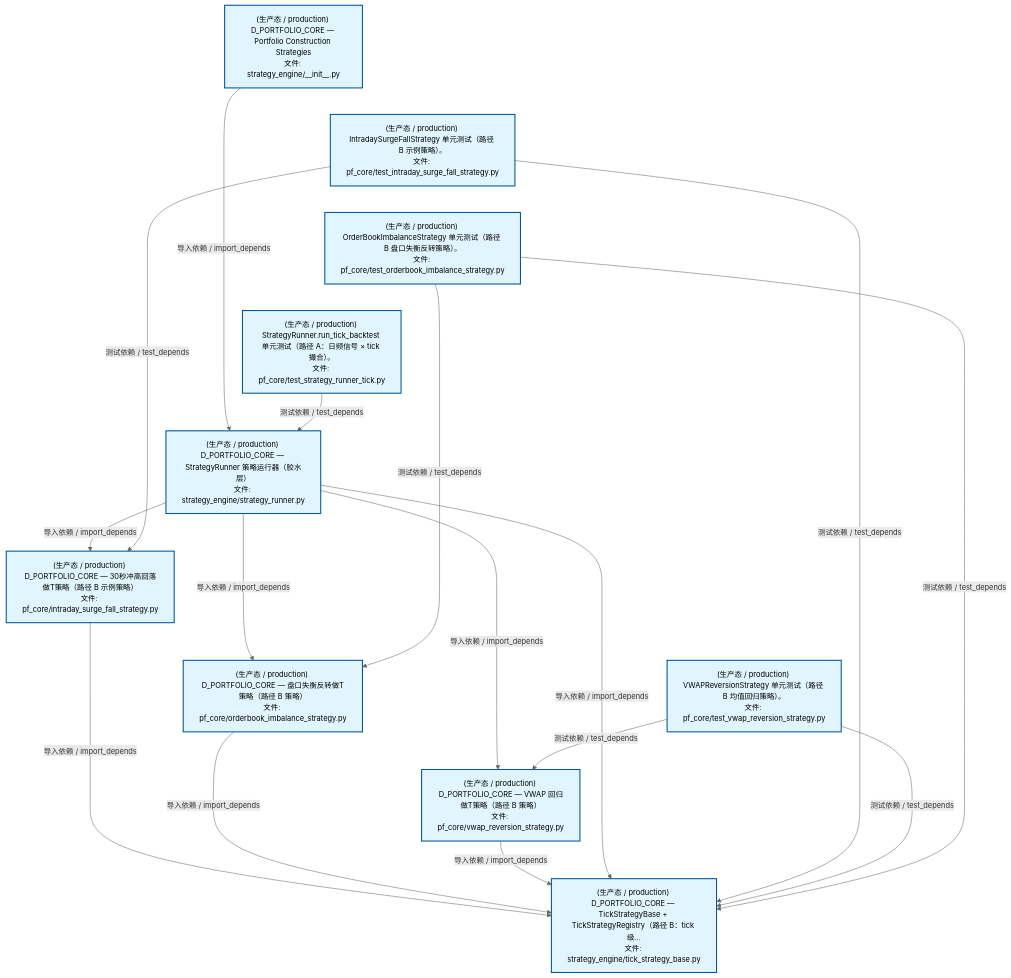
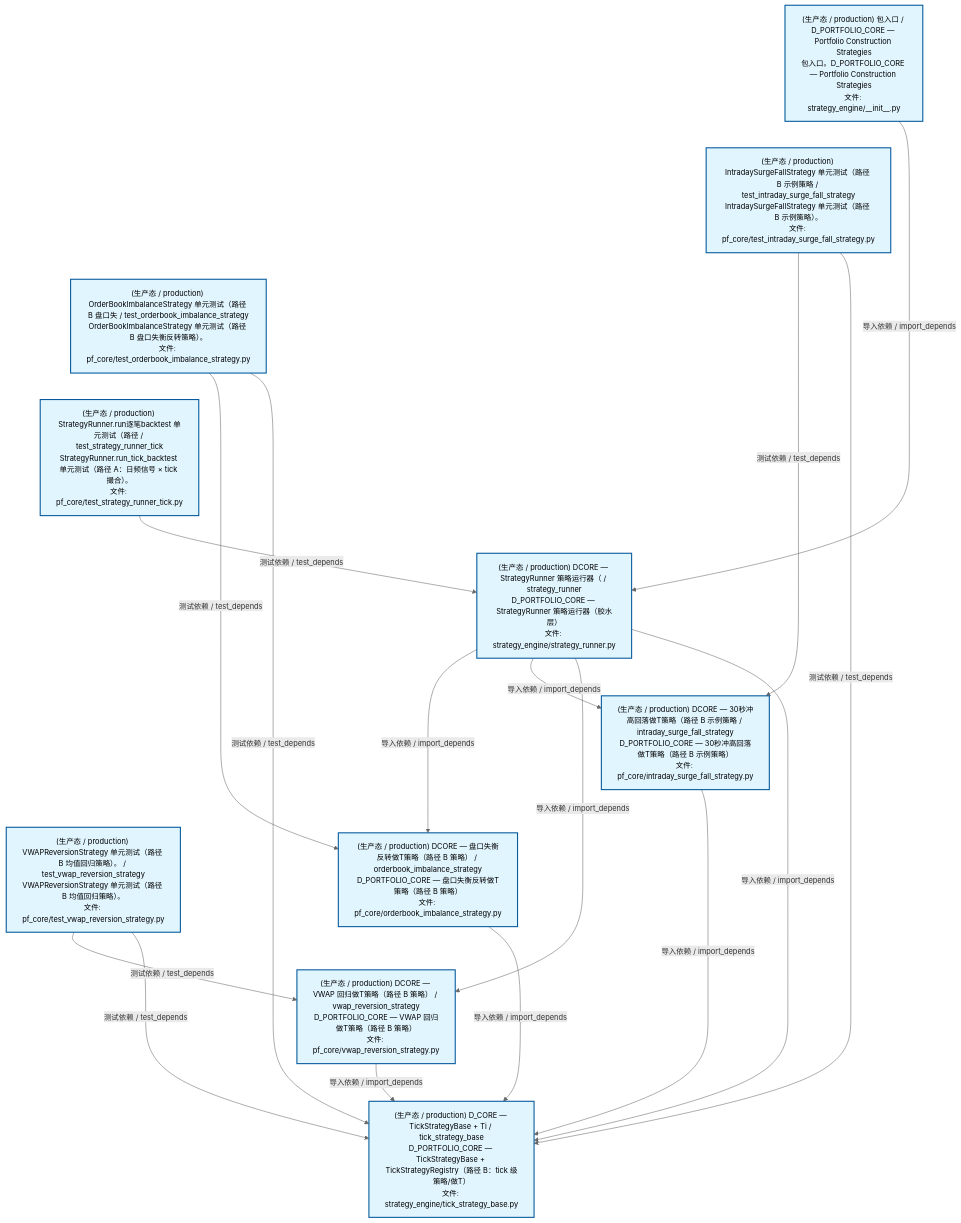
The second of 4 diagrams in docs/02_enterprise_architecture/02_domain_architecture_docs/63_d_pf_core.md (xuanFelixVan/ZephyrAlpha), drawn with Mermaid before and after one commit. The commit also changed other lines of this file and 60 other files, not shown here.

````diff
--- a/docs/02_enterprise_architecture/02_domain_architecture_docs/63_d_pf_core.md
+++ b/docs/02_enterprise_architecture/02_domain_architecture_docs/63_d_pf_core.md
@@ -131,40 +131,40 @@
 ```mermaid
 %%{init: {'theme': 'base', 'themeVariables': {'primaryColor': '#eaeaea', 'primaryTextColor': '#333333', 'primaryBorderColor': '#666666', 'lineColor': '#666666', 'secondaryColor': '#eaeaea', 'tertiaryColor': '#eaeaea', 'fontSize': '14px'}}}%%
 flowchart TD
-    src_zephyr_pf_core_strategy_engine_init_py["(生产态 / production) D_PORTFOLIO_CORE — Portfolio Construction Strategies<br/>文件: strategy_engine/__init__.py"]
-    tests_pf_core_test_intraday_surge_fall_strategy_py["(生产态 / production) IntradaySurgeFallStrategy 单元测试（路径 B 示例策略）。<br/>文件: pf_core/test_intraday_surge_fall_strategy.py"]
-    tests_pf_core_test_orderbook_imbalance_strategy_py["(生产态 / production) OrderBookImbalanceStrategy 单元测试（路径 B 盘口失衡反转策略）。<br/>文件: pf_core/test_orderbook_imbalance_strategy.py"]
-    tests_pf_core_test_strategy_runner_tick_py["(生产态 / production) StrategyRunner.run_tick_backtest 单元测试（路径 A：日频信号 × tick 撮合）。<br/>文件: pf_core/test_strategy_runner_tick.py"]
-    tests_pf_core_test_vwap_reversion_strategy_py["(生产态 / production) VWAPReversionStrategy 单元测试（路径 B 均值回归策略）。<br/>文件: pf_core/test_vwap_reversion_strategy.py"]
+    src_zephyr_pf_core_strategy_engine_init_py["(生产态 / production) 包入口 / D_PORTFOLIO_CORE — Portfolio Construction Strategies<br/>包入口。D_PORTFOLIO_CORE — Portfolio Construction Strategies<br/>文件: strategy_engine/__init__.py"]
+    tests_pf_core_test_intraday_surge_fall_strategy_py["(生产态 / production) IntradaySurgeFallStrategy 单元测试（路径 B 示例策略 / test_intraday_surge_fall_strategy<br/>IntradaySurgeFallStrategy 单元测试（路径 B 示例策略）。<br/>文件: pf_core/test_intraday_surge_fall_strategy.py"]
+    tests_pf_core_test_orderbook_imbalance_strategy_py["(生产态 / production) OrderBookImbalanceStrategy 单元测试（路径 B 盘口失 / test_orderbook_imbalance_strategy<br/>OrderBookImbalanceStrategy 单元测试（路径 B 盘口失衡反转策略）。<br/>文件: pf_core/test_orderbook_imbalance_strategy.py"]
+    tests_pf_core_test_strategy_runner_tick_py["(生产态 / production) StrategyRunner.run逐笔backtest 单元测试（路径 / test_strategy_runner_tick<br/>StrategyRunner.run_tick_backtest 单元测试（路径 A：日频信号 × tick 撮合）。<br/>文件: pf_core/test_strategy_runner_tick.py"]
+    tests_pf_core_test_vwap_reversion_strategy_py["(生产态 / production) VWAPReversionStrategy 单元测试（路径 B 均值回归策略）。 / test_vwap_reversion_strategy<br/>VWAPReversionStrategy 单元测试（路径 B 均值回归策略）。<br/>文件: pf_core/test_vwap_reversion_strategy.py"]
     src_zephyr_pf_core_strategy_engine_init_py ~~~ tests_pf_core_test_intraday_surge_fall_strategy_py
     tests_pf_core_test_intraday_surge_fall_strategy_py ~~~ tests_pf_core_test_orderbook_imbalance_strategy_py
     tests_pf_core_test_orderbook_imbalance_strategy_py ~~~ tests_pf_core_test_strategy_runner_tick_py
     tests_pf_core_test_strategy_runner_tick_py ~~~ tests_pf_core_test_vwap_reversion_strategy_py
-    src_zephyr_pf_core_strategy_engine_strategy_runner_py["(生产态 / production) D_PORTFOLIO_CORE — StrategyRunner 策略运行器（胶水层）<br/>文件: strategy_engine/strategy_runner.py"]
-    src_zephyr_pf_core_intraday_surge_fall_strategy_py["(生产态 / production) D_PORTFOLIO_CORE — 30秒冲高回落做T策略（路径 B 示例策略）<br/>文件: pf_core/intraday_surge_fall_strategy.py"]
-    src_zephyr_pf_core_orderbook_imbalance_strategy_py["(生产态 / production) D_PORTFOLIO_CORE — 盘口失衡反转做T策略（路径 B 策略）<br/>文件: pf_core/orderbook_imbalance_strategy.py"]
-    src_zephyr_pf_core_vwap_reversion_strategy_py["(生产态 / production) D_PORTFOLIO_CORE — VWAP 回归做T策略（路径 B 策略）<br/>文件: pf_core/vwap_reversion_strategy.py"]
+    src_zephyr_pf_core_strategy_engine_strategy_runner_py["(生产态 / production) DCORE — StrategyRunner 策略运行器（ / strategy_runner<br/>D_PORTFOLIO_CORE — StrategyRunner 策略运行器（胶水层）<br/>文件: strategy_engine/strategy_runner.py"]
+    src_zephyr_pf_core_intraday_surge_fall_strategy_py["(生产态 / production) DCORE — 30秒冲高回落做T策略（路径 B 示例策略 / intraday_surge_fall_strategy<br/>D_PORTFOLIO_CORE — 30秒冲高回落做T策略（路径 B 示例策略）<br/>文件: pf_core/intraday_surge_fall_strategy.py"]
+    src_zephyr_pf_core_orderbook_imbalance_strategy_py["(生产态 / production) DCORE — 盘口失衡反转做T策略（路径 B 策略） / orderbook_imbalance_strategy<br/>D_PORTFOLIO_CORE — 盘口失衡反转做T策略（路径 B 策略）<br/>文件: pf_core/orderbook_imbalance_strategy.py"]
+    src_zephyr_pf_core_vwap_reversion_strategy_py["(生产态 / production) DCORE — VWAP 回归做T策略（路径 B 策略） / vwap_reversion_strategy<br/>D_PORTFOLIO_CORE — VWAP 回归做T策略（路径 B 策略）<br/>文件: pf_core/vwap_reversion_strategy.py"]
     src_zephyr_pf_core_intraday_surge_fall_strategy_py ~~~ src_zephyr_pf_core_orderbook_imbalance_strategy_py
     src_zephyr_pf_core_orderbook_imbalance_strategy_py ~~~ src_zephyr_pf_core_vwap_reversion_strategy_py
-    src_zephyr_pf_core_strategy_engine_tick_strategy_base_py["(生产态 / production) D_PORTFOLIO_CORE — TickStrategyBase + TickStrategyRegistry（路径 B：tick 级...<br/>文件: strategy_engine/tick_strategy_base.py"]
+    src_zephyr_pf_core_strategy_engine_tick_strategy_base_py["(生产态 / production) D_CORE — TickStrategyBase + Ti / tick_strategy_base<br/>D_PORTFOLIO_CORE — TickStrategyBase + TickStrategyRegistry（路径 B：tick 级策略/做T）<br/>文件: strategy_engine/tick_strategy_base.py"]
+    src_zephyr_pf_core_orderbook_imbalance_strategy_py -->|导入依赖 / import_depends| src_zephyr_pf_core_strategy_engine_tick_strategy_base_py
     src_zephyr_pf_core_intraday_surge_fall_strategy_py -->|导入依赖 / import_depends| src_zephyr_pf_core_strategy_engine_tick_strategy_base_py
-    src_zephyr_pf_core_orderbook_imbalance_strategy_py -->|导入依赖 / import_depends| src_zephyr_pf_core_strategy_engine_tick_strategy_base_py
     src_zephyr_pf_core_vwap_reversion_strategy_py -->|导入依赖 / import_depends| src_zephyr_pf_core_strategy_engine_tick_strategy_base_py
+    src_zephyr_pf_core_strategy_engine_init_py -->|导入依赖 / import_depends| src_zephyr_pf_core_strategy_engine_strategy_runner_py
+    src_zephyr_pf_core_strategy_engine_strategy_runner_py -->|导入依赖 / import_depends| src_zephyr_pf_core_orderbook_imbalance_strategy_py
     src_zephyr_pf_core_strategy_engine_strategy_runner_py -->|导入依赖 / import_depends| src_zephyr_pf_core_intraday_surge_fall_strategy_py
-    src_zephyr_pf_core_strategy_engine_strategy_runner_py -->|导入依赖 / import_depends| src_zephyr_pf_core_orderbook_imbalance_strategy_py
     src_zephyr_pf_core_strategy_engine_strategy_runner_py -->|导入依赖 / import_depends| src_zephyr_pf_core_vwap_reversion_strategy_py
     src_zephyr_pf_core_strategy_engine_strategy_runner_py -->|导入依赖 / import_depends| src_zephyr_pf_core_strategy_engine_tick_strategy_base_py
-    src_zephyr_pf_core_strategy_engine_init_py -->|导入依赖 / import_depends| src_zephyr_pf_core_strategy_engine_strategy_runner_py
+    tests_pf_core_test_orderbook_imbalance_strategy_py -->|测试依赖 / test_depends| src_zephyr_pf_core_orderbook_imbalance_strategy_py
+    tests_pf_core_test_orderbook_imbalance_strategy_py -->|测试依赖 / test_depends| src_zephyr_pf_core_strategy_engine_tick_strategy_base_py
     tests_pf_core_test_intraday_surge_fall_strategy_py -->|测试依赖 / test_depends| src_zephyr_pf_core_intraday_surge_fall_strategy_py
     tests_pf_core_test_intraday_surge_fall_strategy_py -->|测试依赖 / test_depends| src_zephyr_pf_core_strategy_engine_tick_strategy_base_py
     tests_pf_core_test_vwap_reversion_strategy_py -->|测试依赖 / test_depends| src_zephyr_pf_core_vwap_reversion_strategy_py
     tests_pf_core_test_vwap_reversion_strategy_py -->|测试依赖 / test_depends| src_zephyr_pf_core_strategy_engine_tick_strategy_base_py
     tests_pf_core_test_strategy_runner_tick_py -->|测试依赖 / test_depends| src_zephyr_pf_core_strategy_engine_strategy_runner_py
-    tests_pf_core_test_orderbook_imbalance_strategy_py -->|测试依赖 / test_depends| src_zephyr_pf_core_orderbook_imbalance_strategy_py
-    tests_pf_core_test_orderbook_imbalance_strategy_py -->|测试依赖 / test_depends| src_zephyr_pf_core_strategy_engine_tick_strategy_base_py
     classDef production fill:#e1f5fe,stroke:#01579b,stroke-width:2px,color:#000
     classDef design fill:#fff3e0,stroke:#e65100,stroke-width:2px,color:#000,stroke-dasharray: 5 5
     classDef external_prod fill:#e8f4fd,stroke:#0277bd,stroke-width:1px,color:#000
     classDef external_design fill:#fff8e7,stroke:#ef6c00,stroke-width:1px,color:#000,stroke-dasharray: 5 5
     class src_zephyr_pf_core_intraday_surge_fall_strategy_py,src_zephyr_pf_core_orderbook_imbalance_strategy_py,src_zephyr_pf_core_strategy_engine_init_py,src_zephyr_pf_core_strategy_engine_strategy_runner_py,src_zephyr_pf_core_strategy_engine_tick_strategy_base_py,src_zephyr_pf_core_vwap_reversion_strategy_py,tests_pf_core_test_intraday_surge_fall_strategy_py,tests_pf_core_test_orderbook_imbalance_strategy_py,tests_pf_core_test_strategy_runner_tick_py,tests_pf_core_test_vwap_reversion_strategy_py production
 ```
````
